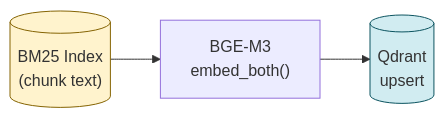
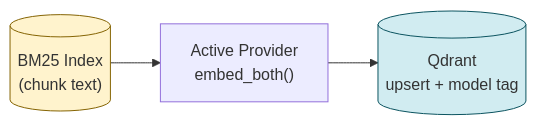
One commit to ealbertoav/rag_platform changed the fourth of 10 diagrams in README.md. Above: the diagram before and after it, drawn with Mermaid. The commit also changed other lines of this file and 18 other files, not shown here.

````diff
--- a/README.md
+++ b/README.md
@@ -311,8 +327,8 @@
 ```mermaid
 flowchart LR
     BM[("BM25 Index<br/>(chunk text)")]
-    --> EMB["BGE-M3<br/>embed_both()"]
-    --> QD[("Qdrant<br/>upsert")]
+    --> EMB["Active Provider<br/>embed_both()"]
+    --> QD[("Qdrant<br/>upsert + model tag")]
     style BM fill:#fff3cd,stroke:#856404
     style QD fill:#d1ecf1,stroke:#0c5460
 ```
````
